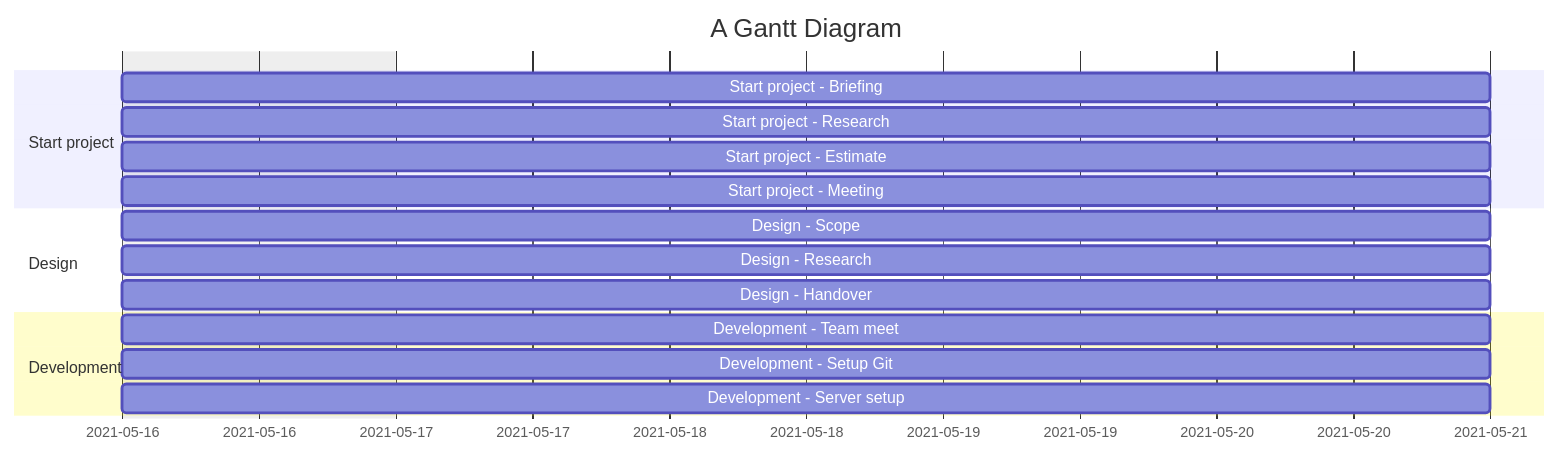
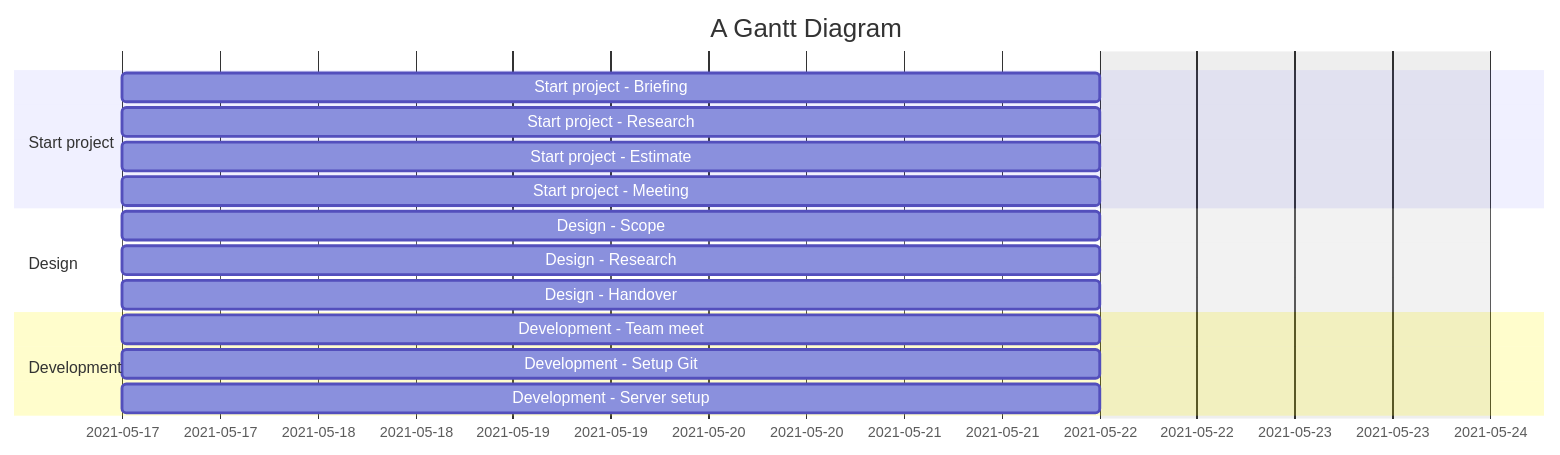
The diagram in docs/data/estimate_2021.csv.planning.converted.md (MatthijsKamstra/fonkee-issues), drawn with Mermaid before and after one commit. The commit also changed 4 other files, not shown here.

````diff
--- a/docs/data/estimate_2021.csv.planning.converted.md
+++ b/docs/data/estimate_2021.csv.planning.converted.md
@@ -2,31 +2,31 @@
 ```mermaid
 gantt
 	title A Gantt Diagram
 	dateFormat  YYYY-MM-DD
 	excludes    weekends
 
 	%% section Section
 	%% A task           :a1, 2014-01-01, 30d
 	%% Another task     :after a1  , 20d
 	%% section Another
 	%% Task in sec      :2014-01-12  , 12d
 	%% another task      : 24d
 
 
 	section Start project
-	Start project - Briefing		:2021-05-16, 5d
-	Start project - Research		:2021-05-16, 5d
-	Start project - Estimate		:2021-05-16, 5d
-	Start project - Meeting		:2021-05-16, 5d
+	Start project - Briefing		:2021-05-17, 5d
+	Start project - Research		:2021-05-17, 5d
+	Start project - Estimate		:2021-05-17, 5d
+	Start project - Meeting		:2021-05-17, 5d
 
 	section Design
-	Design - Scope		:2021-05-16, 5d
-	Design - Research		:2021-05-16, 5d
-	Design - Handover		:2021-05-16, 5d
+	Design - Scope		:2021-05-17, 5d
+	Design - Research		:2021-05-17, 5d
+	Design - Handover		:2021-05-17, 5d
 
 	section Development
-	Development - Team meet		:2021-05-16, 5d
-	Development - Setup Git		:2021-05-16, 5d
-	Development - Server setup		:2021-05-16, 5d
+	Development - Team meet		:2021-05-17, 5d
+	Development - Setup Git		:2021-05-17, 5d
+	Development - Server setup		:2021-05-17, 5d
 
 ```
````
